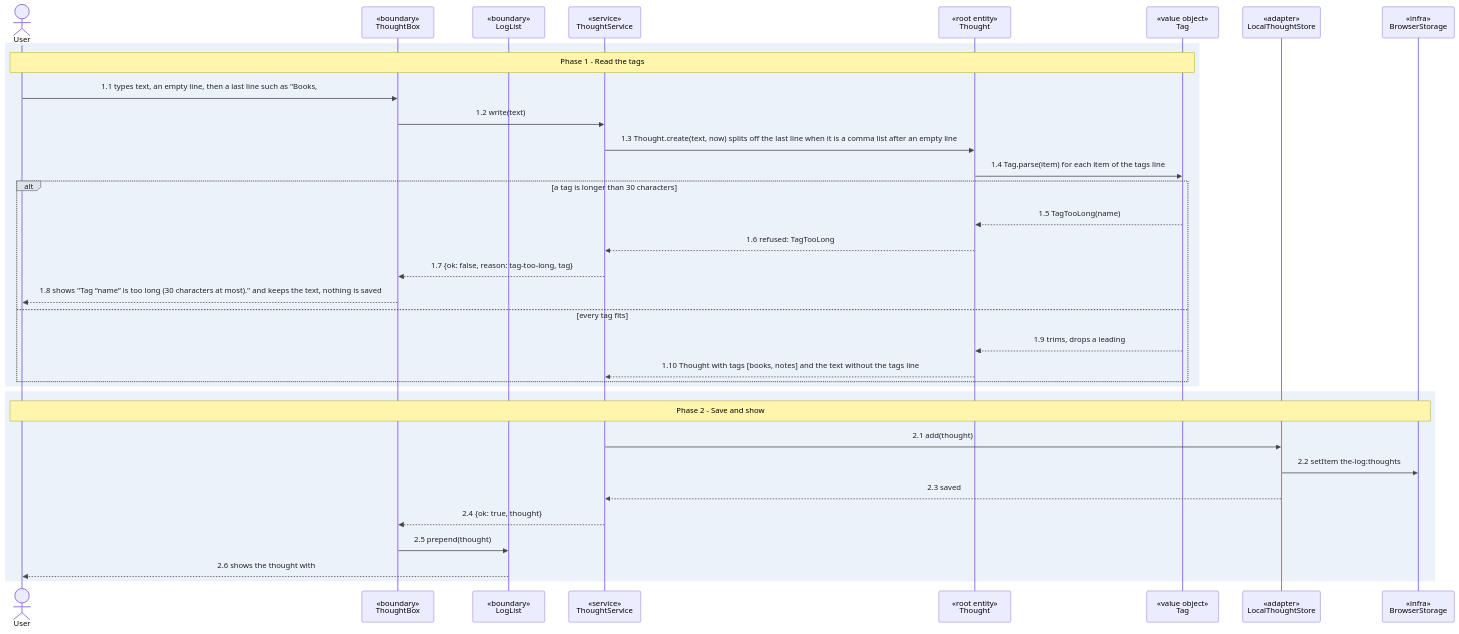
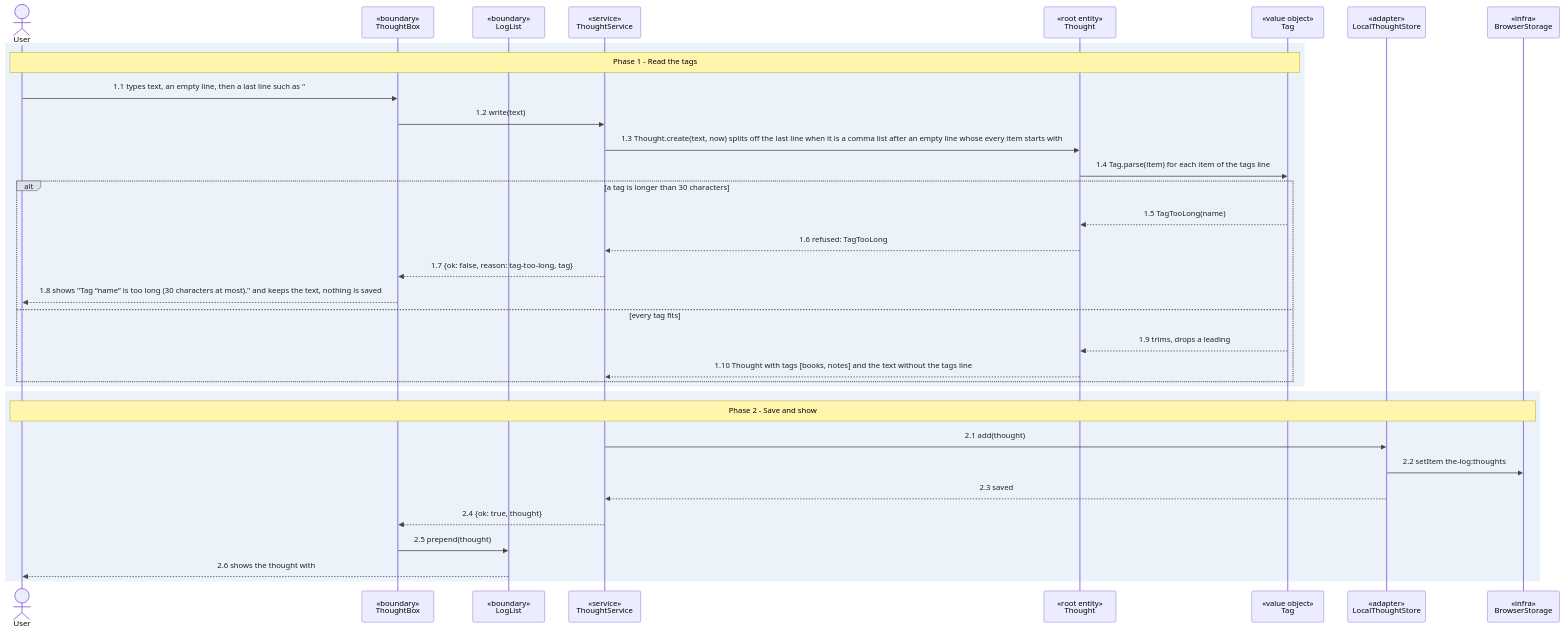
Before and after one commit to joisse1101/the-log: the third of 7 diagrams in .plans/init-the-log/slices/thought-capture/UC-thought-capture.md, drawn with Mermaid. The commit also changed other lines of this file and 7 other files, not shown here.

````diff
--- a/.plans/init-the-log/slices/thought-capture/UC-thought-capture.md
+++ b/.plans/init-the-log/slices/thought-capture/UC-thought-capture.md
@@ -224,37 +224,37 @@
 ```mermaid
 %%{init: {'themeVariables': {'signalTextColor':'#1f2328','labelTextColor':'#1f2328','loopTextColor':'#1f2328','signalColor':'#444','labelBoxBkgColor':'#dde3ea','labelBoxBorderColor':'#444'}}}%%
 sequenceDiagram
   actor U as User
   participant B as «boundary»<br/>ThoughtBox
   participant L as «boundary»<br/>LogList
   participant S as «service»<br/>ThoughtService
   participant T as «root entity»<br/>Thought
   participant G as «value object»<br/>Tag
   participant LS as «adapter»<br/>LocalThoughtStore
   participant BS as «infra»<br/>BrowserStorage
   rect rgb(235, 242, 250)
     Note over U,G: Phase 1 - Read the tags
-    U->>B: 1.1 types text, an empty line, then a last line such as "Books, #notes, , notes" and saves
+    U->>B: 1.1 types text, an empty line, then a last line such as "#Books, #notes, , #notes" and saves
     B->>S: 1.2 write(text)
-    S->>T: 1.3 Thought.create(text, now) splits off the last line when it is a comma list after an empty line
+    S->>T: 1.3 Thought.create(text, now) splits off the last line when it is a comma list after an empty line whose every item starts with #
     T->>G: 1.4 Tag.parse(item) for each item of the tags line
     alt a tag is longer than 30 characters
       G-->>T: 1.5 TagTooLong(name)
       T-->>S: 1.6 refused: TagTooLong
       S-->>B: 1.7 {ok: false, reason: tag-too-long, tag}
       B-->>U: 1.8 shows "Tag “name” is too long (30 characters at most)." and keeps the text, nothing is saved
     else every tag fits
       G-->>T: 1.9 trims, drops a leading #, lowercases, drops empty items, merges duplicates
       T-->>S: 1.10 Thought with tags [books, notes] and the text without the tags line
     end
   end
   rect rgb(235, 242, 250)
     Note over U,BS: Phase 2 - Save and show
     S->>LS: 2.1 add(thought)
     LS->>BS: 2.2 setItem the-log:thoughts
     LS-->>S: 2.3 saved
     S-->>B: 2.4 {ok: true, thought}
     B->>L: 2.5 prepend(thought)
     L-->>U: 2.6 shows the thought with #books and #notes
   end
 ```
````
